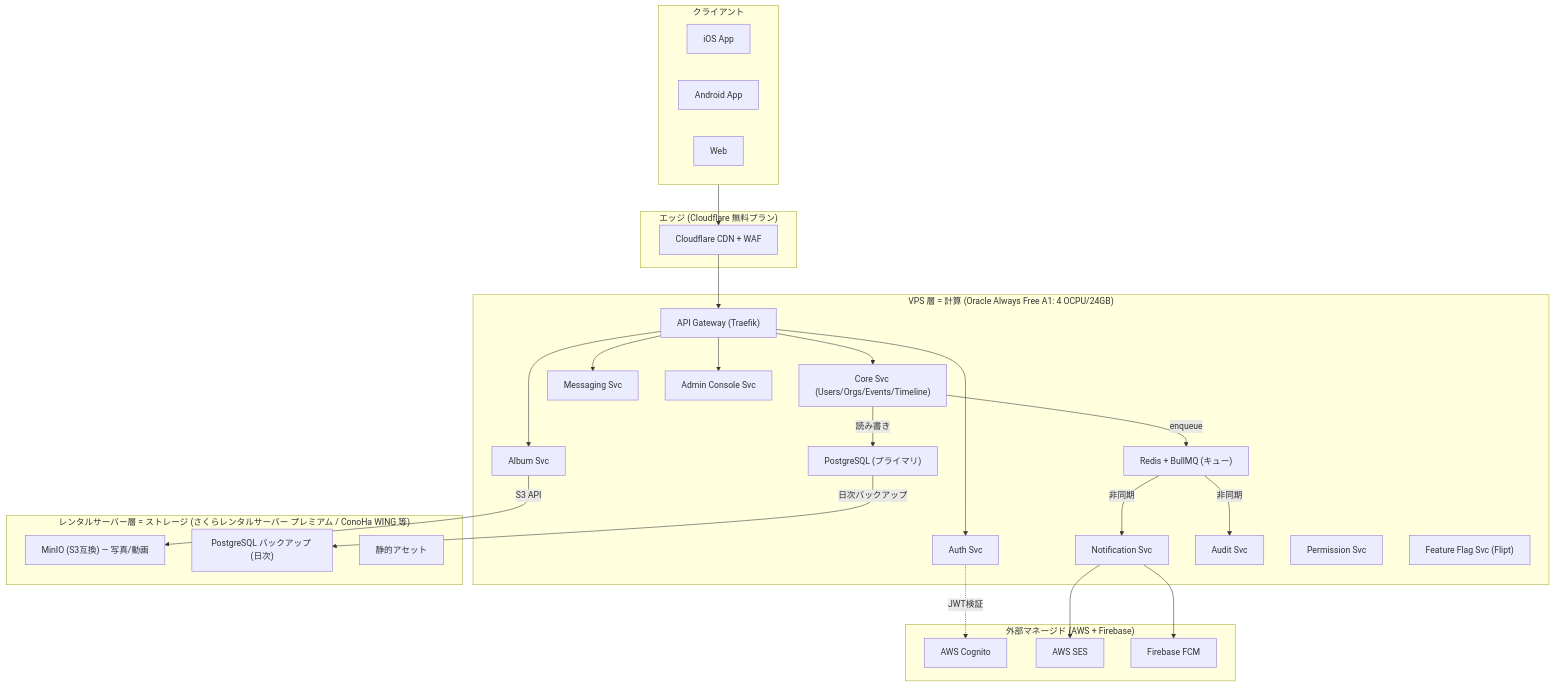
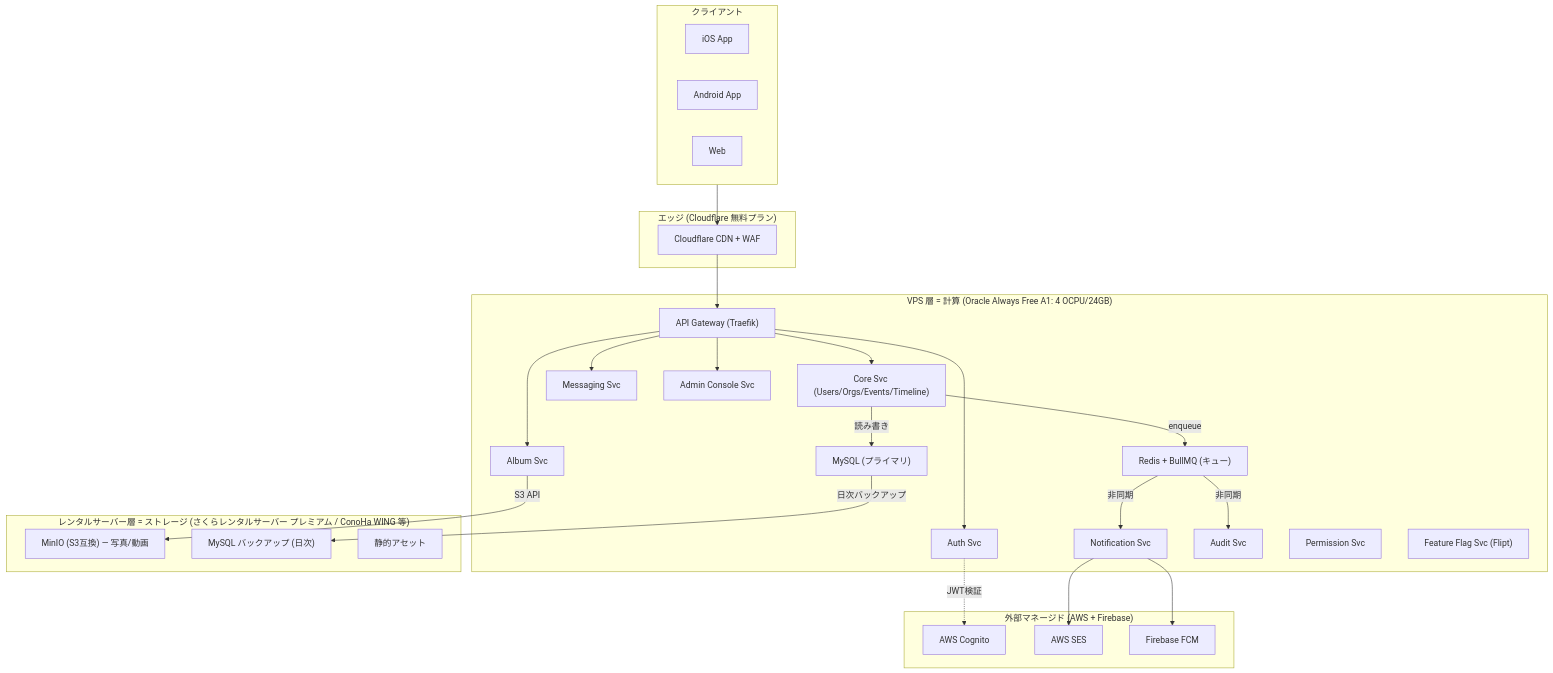
The first of 2 diagrams in docs/core/deployment-strategy.md (Willen-Federation/Recerdo-Developers-Docs), drawn with Mermaid before and after one commit. The commit also changed other lines of this file and 31 other files, not shown here.

````diff
--- a/docs/core/deployment-strategy.md
+++ b/docs/core/deployment-strategy.md
@@ -79,56 +81,56 @@
 ```mermaid
 flowchart TB
   subgraph Client["クライアント"]
     iOS["iOS App"]
     Android["Android App"]
     Web["Web"]
   end
 
   subgraph Edge["エッジ (Cloudflare 無料プラン)"]
     CF["Cloudflare CDN + WAF"]
   end
 
   subgraph VPS["VPS 層 = 計算 (Oracle Always Free A1: 4 OCPU/24GB)"]
     GW["API Gateway (Traefik)"]
     Auth["Auth Svc"]
     Core["Core Svc (Users/Orgs/Events/Timeline)"]
     Album["Album Svc"]
     Msg["Messaging Svc"]
     Notif["Notification Svc"]
     Audit["Audit Svc"]
     Perm["Permission Svc"]
     Admin["Admin Console Svc"]
     FF["Feature Flag Svc (Flipt)"]
     Queue["Redis + BullMQ (キュー)"]
-    DB["PostgreSQL (プライマリ)"]
+    DB["MySQL (プライマリ)"]
   end
 
   subgraph Rental["レンタルサーバー層 = ストレージ (さくらレンタルサーバー プレミアム / ConoHa WING 等)"]
     MinIO["MinIO (S3互換) — 写真/動画"]
-    Backup["PostgreSQL バックアップ (日次)"]
+    Backup["MySQL バックアップ (日次)"]
     StaticAssets["静的アセット"]
   end
 
   subgraph External["外部マネージド (AWS + Firebase)"]
     Cognito["AWS Cognito"]
     SES["AWS SES"]
     FCM["Firebase FCM"]
   end
 
   Client --> CF
   CF --> GW
   GW --> Auth
   GW --> Core
   GW --> Album
   GW --> Msg
   GW --> Admin
   Auth -.JWT検証.-> Cognito
   Album -- S3 API --> MinIO
   Core -- 読み書き --> DB
   Core -- enqueue --> Queue
   Queue -- 非同期 --> Audit
   Queue -- 非同期 --> Notif
   Notif --> FCM
   Notif --> SES
   DB -- 日次バックアップ --> Backup
 ```
````
